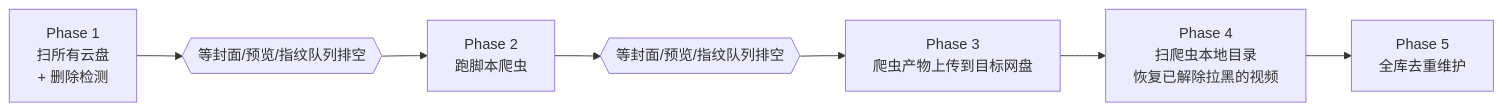
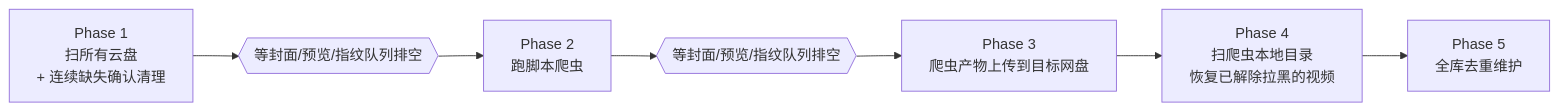
One commit to BAIBAIGE/91 changed the third of 3 diagrams in backend/README.md. Above: the diagram before and after it, drawn with Mermaid. The commit also changed other lines of this file and 13 other files, not shown here.

````diff
--- a/backend/README.md
+++ b/backend/README.md
@@ -312,9 +326,9 @@
 ```mermaid
 flowchart LR
-    P1["Phase 1<br/>扫所有云盘<br/>+ 删除检测"] --> W1{{"等封面/预览/指纹队列排空"}}
+    P1["Phase 1<br/>扫所有云盘<br/>+ 连续缺失确认清理"] --> W1{{"等封面/预览/指纹队列排空"}}
     W1 --> P2["Phase 2<br/>跑脚本爬虫"]
     P2 --> W2{{"等封面/预览/指纹队列排空"}}
     W2 --> P3["Phase 3<br/>爬虫产物上传到目标网盘"]
     P3 --> P4["Phase 4<br/>扫爬虫本地目录<br/>恢复已解除拉黑的视频"]
     P4 --> P5["Phase 5<br/>全库去重维护"]
 ```
````
